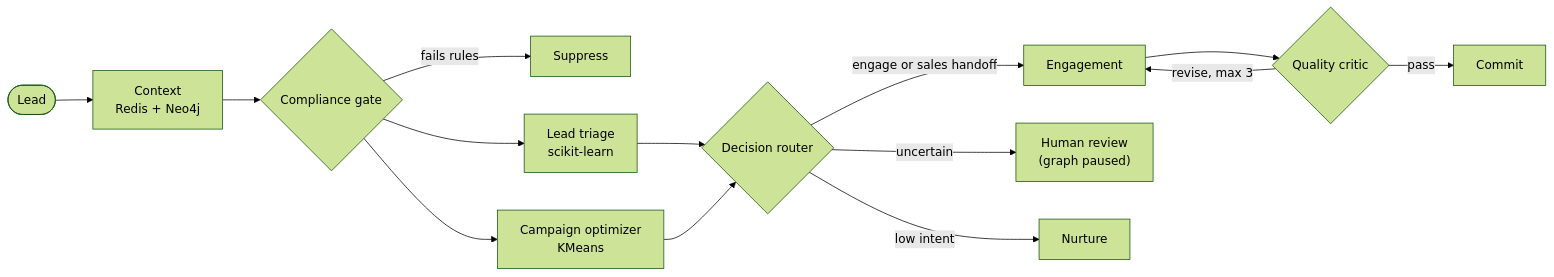
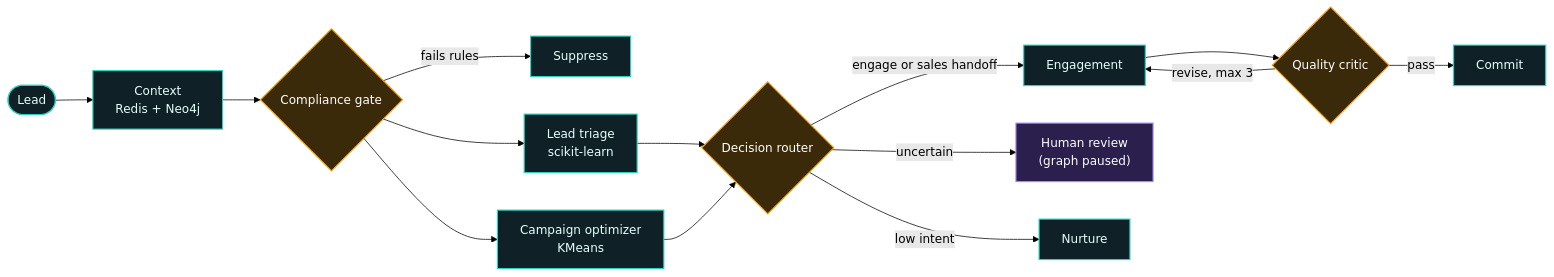
One commit to adityapurohit-tech/adityapurohit-tech changed the second of 3 diagrams in README.md. Above: the diagram before and after it, drawn with Mermaid (forest theme). The commit also changed other lines of this file, not shown here.

````diff
--- a/README.md
+++ b/README.md
@@ -88,16 +121,22 @@
 ```mermaid
 flowchart LR
   L([Lead]) --> CX["Context<br/>Redis + Neo4j"]
   CX --> CG{"Compliance gate"}
   CG -->|"fails rules"| S["Suppress"]
   CG --> T["Lead triage<br/>scikit-learn"]
   CG --> CO["Campaign optimizer<br/>KMeans"]
   T --> R{"Decision router"}
   CO --> R
   R -->|"engage or sales handoff"| E["Engagement"]
   E --> QC{"Quality critic"}
   QC -->|"revise, max 3"| E
   QC -->|"pass"| CM["Commit"]
   R -->|"uncertain"| HR["Human review<br/>(graph paused)"]
   R -->|"low intent"| N["Nurture"]
+  classDef core fill:#0f2027,stroke:#2dd4bf,color:#e6fffb,stroke-width:1.5px
+  classDef gate fill:#3b2a0a,stroke:#f59e0b,color:#ffffff,stroke-width:1.5px
+  classDef human fill:#2a1f4d,stroke:#a78bfa,color:#ffffff,stroke-width:1.5px
+  class L,CX,T,CO,E,CM,N,S core
+  class CG,R,QC gate
+  class HR human
 ```
````
